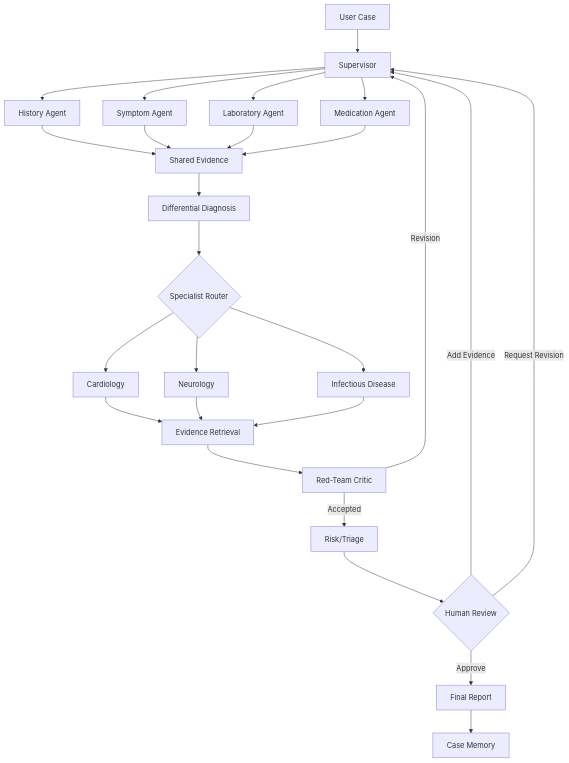
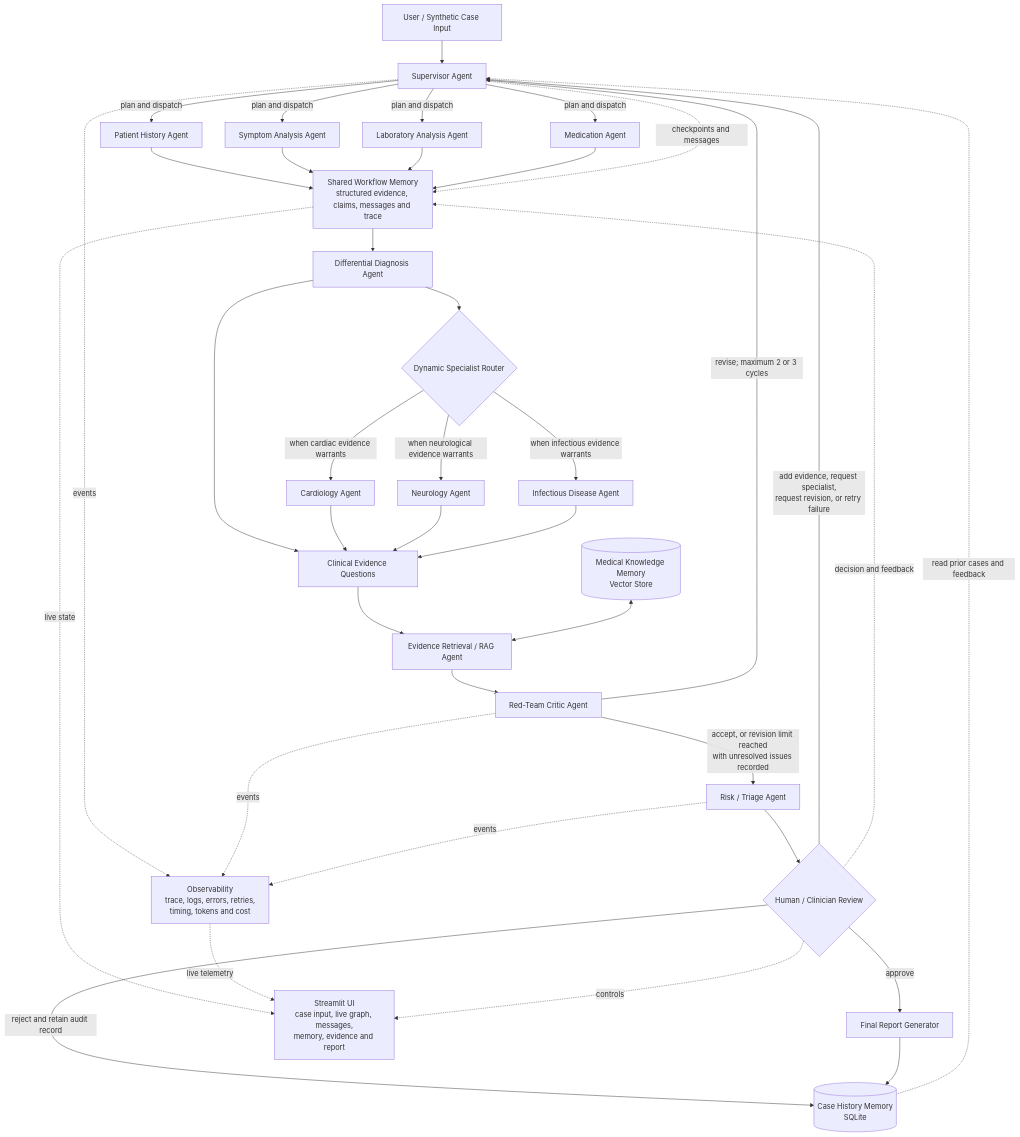
Before and after one commit to shasabbir/MedBoard-AI: the diagram in plan.md, drawn with Mermaid. The commit also changed other lines of this file and 3 other files, not shown here.

Commit message:
plan final

````diff
--- a/plan.md
+++ b/plan.md
@@ -2640,39 +2643,51 @@
 ```mermaid
 flowchart TD
-    U[User Case] --> S[Supervisor]
+    U[User / Synthetic Case Input] --> S[Supervisor Agent]
 
-    S --> H[History Agent]
-    S --> SY[Symptom Agent]
-    S --> L[Laboratory Agent]
-    S --> M[Medication Agent]
+    S -->|plan and dispatch| H[Patient History Agent]
+    S -->|plan and dispatch| SY[Symptom Analysis Agent]
+    S -->|plan and dispatch| L[Laboratory Analysis Agent]
+    S -->|plan and dispatch| M[Medication Agent]
 
-    H --> E[Shared Evidence]
-    SY --> E
-    L --> E
-    M --> E
+    H --> WM[Shared Workflow Memory<br/>structured evidence, claims, messages and trace]
+    SY --> WM
+    L --> WM
+    M --> WM
 
-    E --> D[Differential Diagnosis]
+    WM --> D[Differential Diagnosis Agent]
+    D --> SR{Dynamic Specialist Router}
 
-    D --> SR{Specialist Router}
+    SR -->|when cardiac evidence warrants| C[Cardiology Agent]
+    SR -->|when neurological evidence warrants| N[Neurology Agent]
+    SR -->|when infectious evidence warrants| I[Infectious Disease Agent]
 
-    SR --> C[Cardiology]
-    SR --> N[Neurology]
-    SR --> I[Infectious Disease]
+    D --> Q[Clinical Evidence Questions]
+    C --> Q
+    N --> Q
+    I --> Q
+    Q --> RAG[Evidence Retrieval / RAG Agent]
+    KB[(Medical Knowledge Memory<br/>Vector Store)] <--> RAG
 
-    C --> RAG[Evidence Retrieval]
-    N --> RAG
-    I --> RAG
+    RAG --> CR[Red-Team Critic Agent]
+    CR -->|revise; maximum 2 or 3 cycles| S
+    CR -->|accept, or revision limit reached<br/>with unresolved issues recorded| R[Risk / Triage Agent]
 
-    RAG --> CR[Red-Team Critic]
+    R --> HITL{Human / Clinician Review}
+    HITL -->|add evidence, request specialist,<br/>request revision, or retry failure| S
+    HITL -->|reject and retain audit record| CM[(Case History Memory<br/>SQLite)]
+    HITL -->|approve| F[Final Report Generator]
+    F --> CM
 
-    CR -->|Revision| S
-    CR -->|Accepted| R[Risk/Triage]
+    CM -. read prior cases and feedback .-> S
+    S -. checkpoints and messages .-> WM
+    HITL -. decision and feedback .-> WM
 
-    R --> HITL{Human Review}
-
-    HITL -->|Add Evidence| S
-    HITL -->|Request Revision| S
-    HITL -->|Approve| F[Final Report]
-
-    F --> CM[Case Memory]
+    OBS[Observability<br/>trace, logs, errors, retries,<br/>timing, tokens and cost]
+    UI[Streamlit UI<br/>case input, live graph, messages,<br/>memory, evidence and report]
+    S -. events .-> OBS
+    CR -. events .-> OBS
+    R -. events .-> OBS
+    WM -. live state .-> UI
+    OBS -. live telemetry .-> UI
+    HITL -. controls .-> UI
 ```
````
